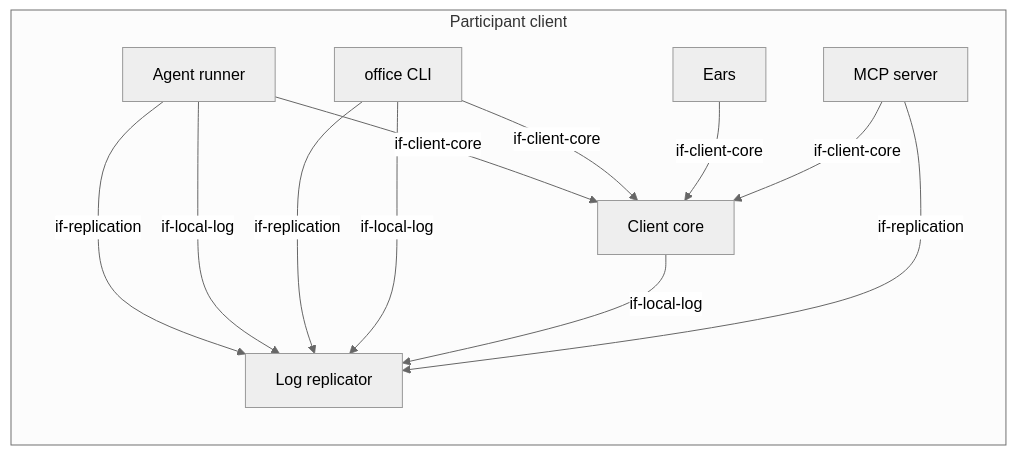
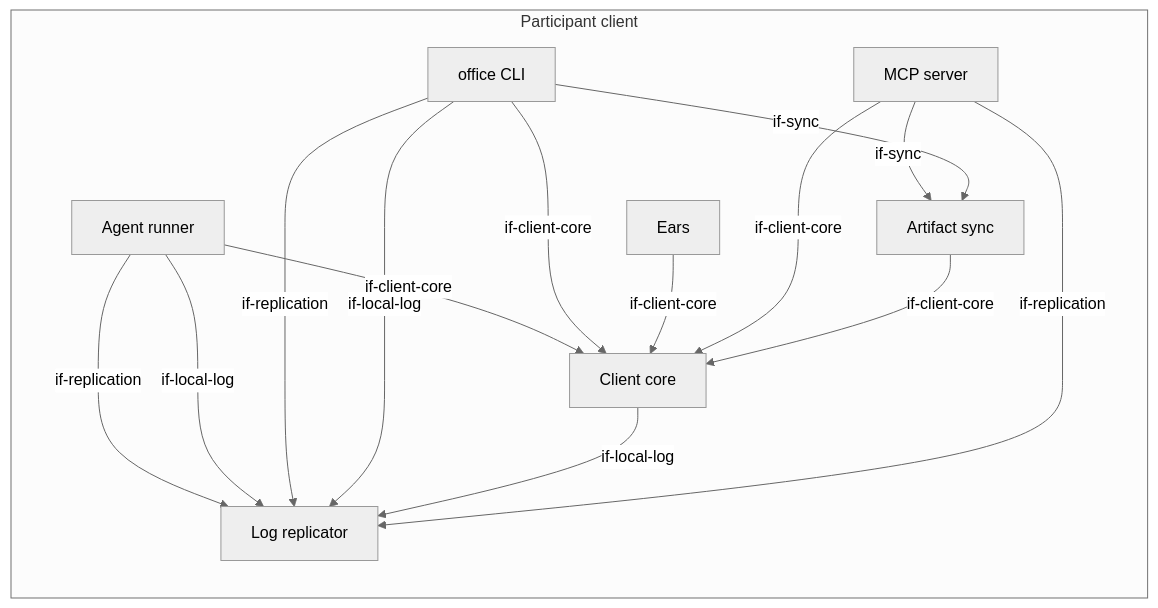
The third of 3 diagrams in docs/architecture/05-building-blocks.arc42.md (mrsimpson/agentic-office), drawn with Mermaid (neutral theme) before and after one commit. The commit also changed other lines of this file and 117 other files, not shown here.

First line of the commit message:
feat!: artifacts reach the participant's computer through Git (dec-artifact-sync) (#145)

````diff
--- a/docs/architecture/05-building-blocks.arc42.md
+++ b/docs/architecture/05-building-blocks.arc42.md
@@ -748,21 +975,25 @@
 ```mermaid
 flowchart LR
     subgraph bb_participant_client [Participant client]
         bb_agent_runner[Agent runner]
         bb_cli[office CLI]
         bb_client_core[Client core]
         bb_ears[Ears]
         bb_mcp[MCP server]
         bb_replicator[Log replicator]
+        bb_sync[Artifact sync]
     end
     bb_agent_runner -->|if-client-core| bb_client_core
     bb_agent_runner -->|if-replication| bb_replicator
     bb_agent_runner -->|if-local-log| bb_replicator
     bb_cli -->|if-client-core| bb_client_core
     bb_cli -->|if-replication| bb_replicator
     bb_cli -->|if-local-log| bb_replicator
     bb_client_core -->|if-local-log| bb_replicator
     bb_ears -->|if-client-core| bb_client_core
     bb_mcp -->|if-client-core| bb_client_core
     bb_mcp -->|if-replication| bb_replicator
+    bb_mcp -->|if-sync| bb_sync
+    bb_cli -->|if-sync| bb_sync
+    bb_sync -->|if-client-core| bb_client_core
 ```
````
